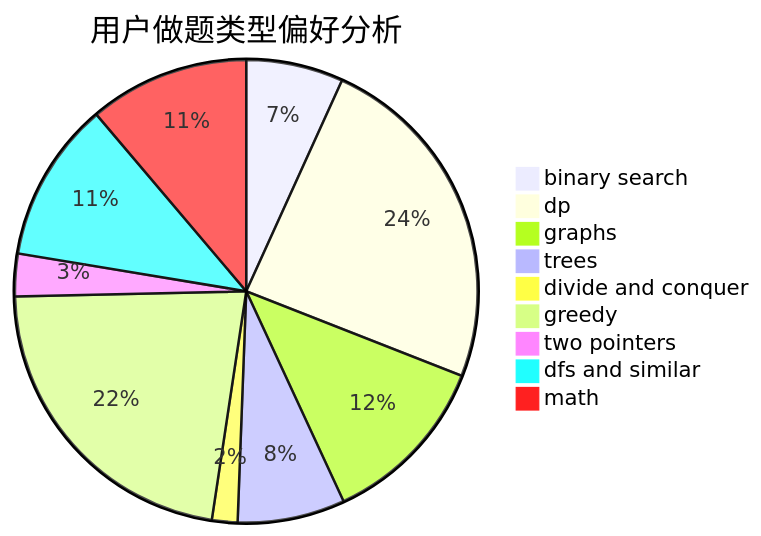
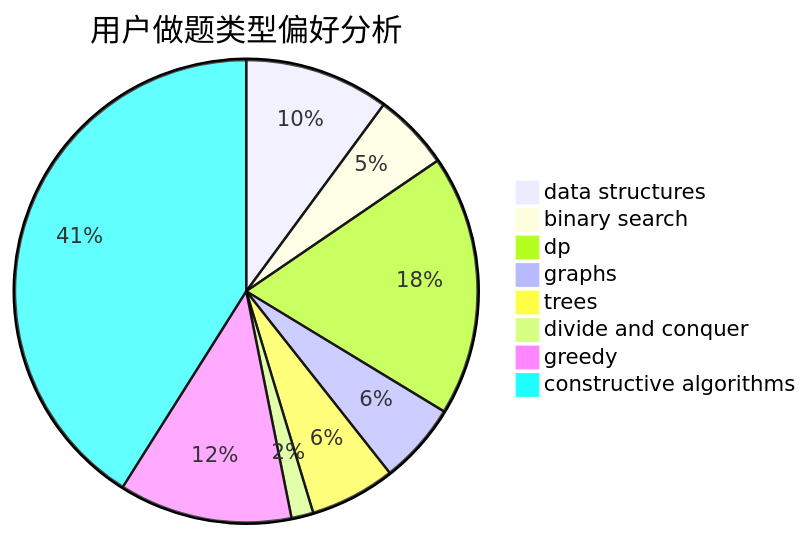
Before and after one commit to sherpahu/cfrs.github.io: the second of 3 diagrams in docs/user/u1303.md, drawn with Mermaid. The commit also changed other lines of this file and 2775 other files, not shown here.

````diff
--- a/docs/user/u1303.md
+++ b/docs/user/u1303.md
@@ -23,12 +23,11 @@
 ```mermaid
 pie title 用户做题类型偏好分析
-    "binary search" :  57
-    "dp" :  203
-    "graphs" :  102
-    "trees" :  63
-    "divide and conquer" :  15
-    "greedy" :  187
-    "two pointers" :  25
-    "dfs and similar" :  94
-    "math" :  94
+    "data structures" :  66
+    "binary search" :  35
+    "dp" :  119
+    "graphs" :  37
+    "trees" :  39
+    "divide and conquer" :  10
+    "greedy" :  79
+    "constructive algorithms" :  268
 ```
````
